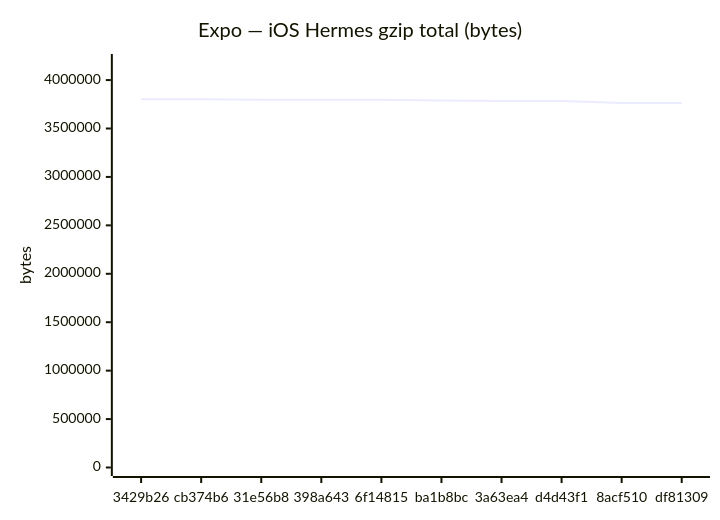
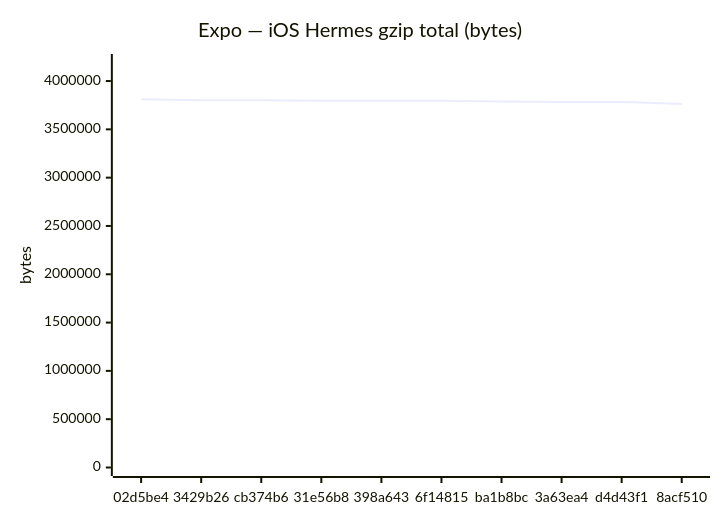
Before and after one commit to Metaheurist/Rianell: the sixth of 18 diagrams in benchmarks/compare.md, drawn with Mermaid. The commit also changed other lines of this file and 11 other files, not shown here.

````diff
--- a/benchmarks/compare.md
+++ b/benchmarks/compare.md
@@ -96,7 +96,7 @@
 ```mermaid
 xychart-beta
     title "Expo — iOS Hermes gzip total (bytes)"
-    x-axis ["3429b26", "cb374b6", "31e56b8", "398a643", "6f14815", "ba1b8bc", "3a63ea4", "d4d43f1", "8acf510", "df81309"]
-    y-axis "bytes" 0 --> 4181440
-    line [3801309, 3801305, 3796002, 3796002, 3796005, 3788525, 3783517, 3783520, 3762734, 3762736]
+    x-axis ["02d5be4", "3429b26", "cb374b6", "31e56b8", "398a643", "6f14815", "ba1b8bc", "3a63ea4", "d4d43f1", "8acf510"]
+    y-axis "bytes" 0 --> 4191900
+    line [3810818, 3801309, 3801305, 3796002, 3796002, 3796005, 3788525, 3783517, 3783520, 3762734]
 ```
````
